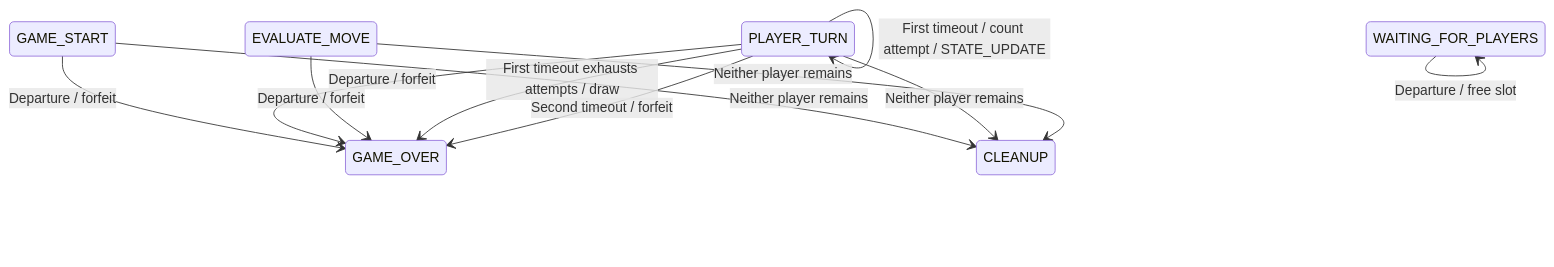
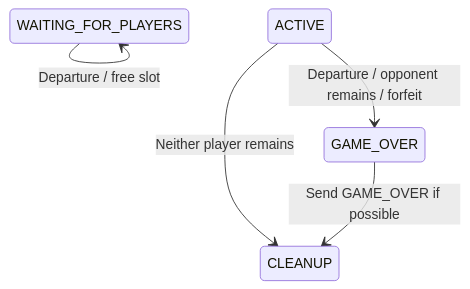
One commit to ABowSEC/CS457-CodeBreaker changed the second of 2 diagrams in docs/fsm_specifications.md. Above: the diagram before and after it, drawn with Mermaid.

Commit message:
simplify disconnect diagram

````diff
--- a/docs/fsm_specifications.md
+++ b/docs/fsm_specifications.md
@@ -23,16 +23,8 @@
 ```mermaid
     stateDiagram-v2
-    direction TB
+
     WAITING_FOR_PLAYERS --> WAITING_FOR_PLAYERS : Departure / free slot
-    GAME_START --> GAME_OVER : Departure / forfeit
-    PLAYER_TURN --> GAME_OVER : Departure / forfeit
-    EVALUATE_MOVE --> GAME_OVER : Departure / forfeit
-
-    PLAYER_TURN --> PLAYER_TURN : First timeout / count attempt / STATE_UPDATE
-    PLAYER_TURN --> GAME_OVER : First timeout exhausts attempts / draw
-    PLAYER_TURN --> GAME_OVER : Second timeout / forfeit
-
-    GAME_START --> CLEANUP : Neither player remains
-    PLAYER_TURN --> CLEANUP : Neither player remains
-    EVALUATE_MOVE --> CLEANUP : Neither player remains
+    ACTIVE --> GAME_OVER : Departure / opponent remains / forfeit
+    ACTIVE --> CLEANUP : Neither player remains
+    GAME_OVER --> CLEANUP : Send GAME_OVER if possible
 ```
````
